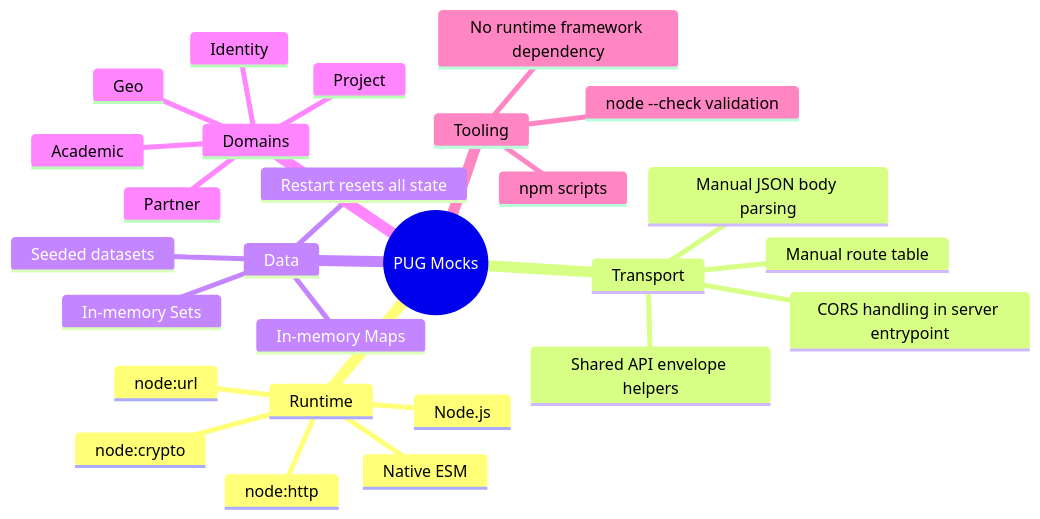
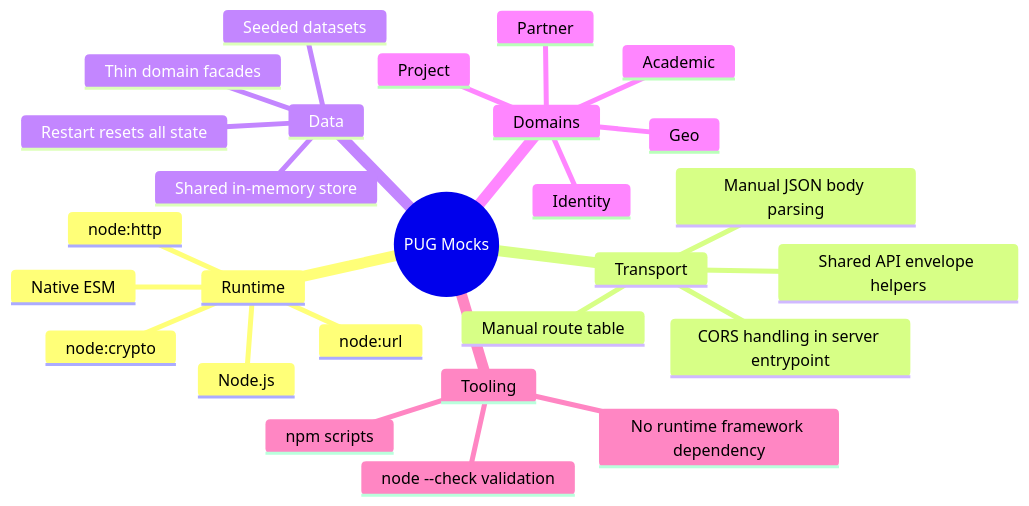
One commit to Plataforma-Universidade-Gratuita/pug-docs changed the first of 7 diagrams in pug-mocks/README.md. Above: the diagram before and after it, drawn with Mermaid. The commit also changed other lines of this file and 2 other files, not shown here.

````diff
--- a/pug-mocks/README.md
+++ b/pug-mocks/README.md
@@ -26,30 +27,30 @@
 ```mermaid
 mindmap
   root((PUG Mocks))
     Runtime
       Node.js
       Native ESM
       node:http
       node:url
       node:crypto
     Transport
       Manual route table
       Manual JSON body parsing
       Shared API envelope helpers
       CORS handling in server entrypoint
     Data
-      In-memory Maps
-      In-memory Sets
+      Shared in-memory store
       Seeded datasets
+      Thin domain facades
       Restart resets all state
     Domains
       Identity
       Geo
       Academic
       Partner
       Project
     Tooling
       npm scripts
       node --check validation
       No runtime framework dependency
 ```
````
